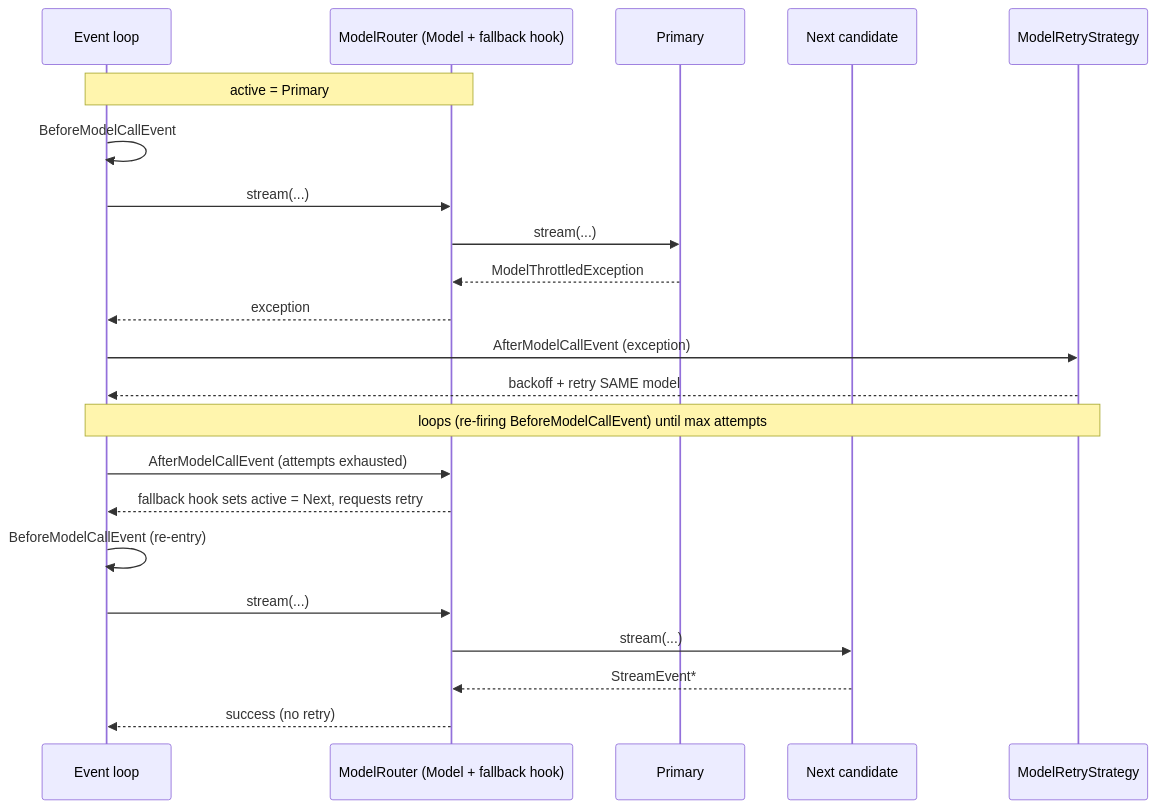
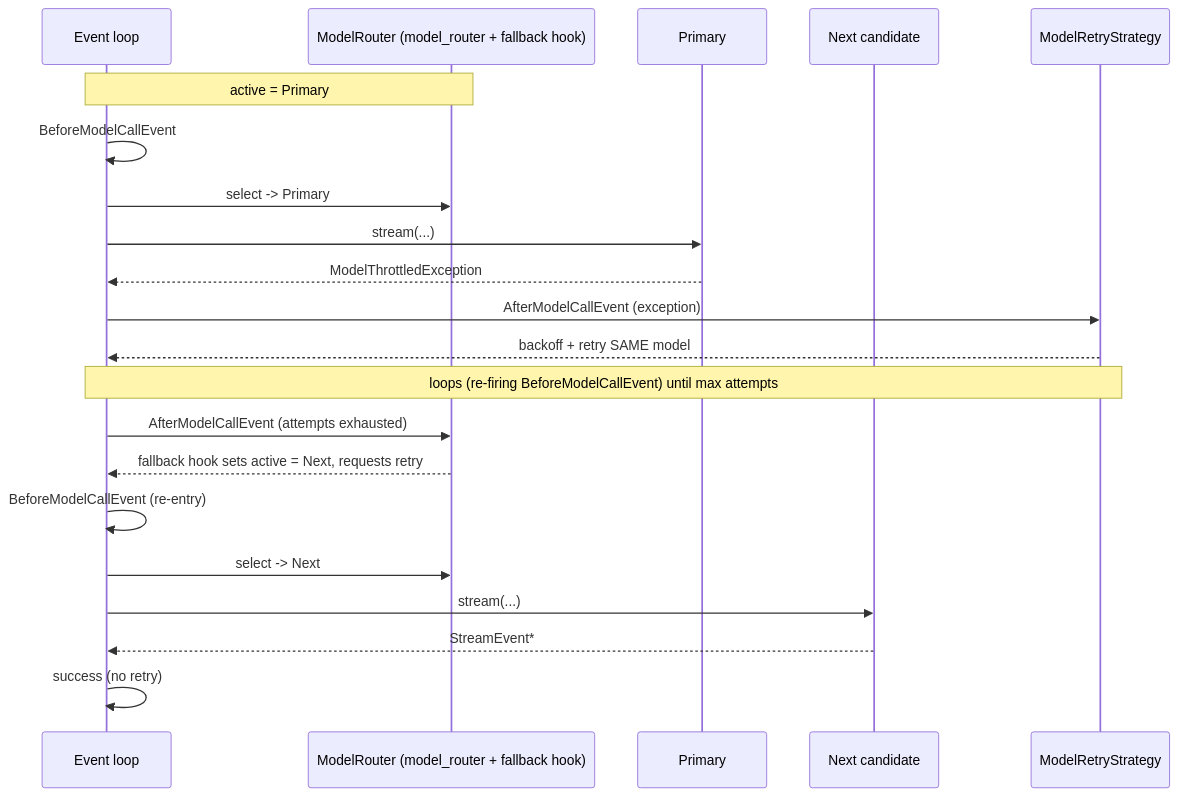
Before and after one commit to strands-agents/sdk-python: the fourth of 4 diagrams in team/designs/0015-model-routing.md, drawn with Mermaid. The commit also changed other lines of this file, not shown here.

First line of the commit message:
docs(model-routing): make ModelRouter a first-class type via model_router=

````diff
--- a/team/designs/0015-model-routing.md
+++ b/team/designs/0015-model-routing.md
@@ -207,25 +208,24 @@
 ```mermaid
 sequenceDiagram
     participant EL as Event loop
-    participant R as ModelRouter (Model + fallback hook)
+    participant R as ModelRouter (model_router + fallback hook)
     participant P as Primary
     participant F as Next candidate
     participant RS as ModelRetryStrategy
 
     Note over EL,R: active = Primary
     EL->>EL: BeforeModelCallEvent
-    EL->>R: stream(...)
-    R->>P: stream(...)
-    P-->>R: ModelThrottledException
-    R-->>EL: exception
+    EL->>R: select -> Primary
+    EL->>P: stream(...)
+    P-->>EL: ModelThrottledException
     EL->>RS: AfterModelCallEvent (exception)
     RS-->>EL: backoff + retry SAME model
     Note over EL,RS: loops (re-firing BeforeModelCallEvent) until max attempts
     EL->>R: AfterModelCallEvent (attempts exhausted)
     R-->>EL: fallback hook sets active = Next, requests retry
     EL->>EL: BeforeModelCallEvent (re-entry)
-    EL->>R: stream(...)
-    R->>F: stream(...)
-    F-->>R: StreamEvent*
-    R-->>EL: success (no retry)
+    EL->>R: select -> Next
+    EL->>F: stream(...)
+    F-->>EL: StreamEvent*
+    EL->>EL: success (no retry)
 ```
````
